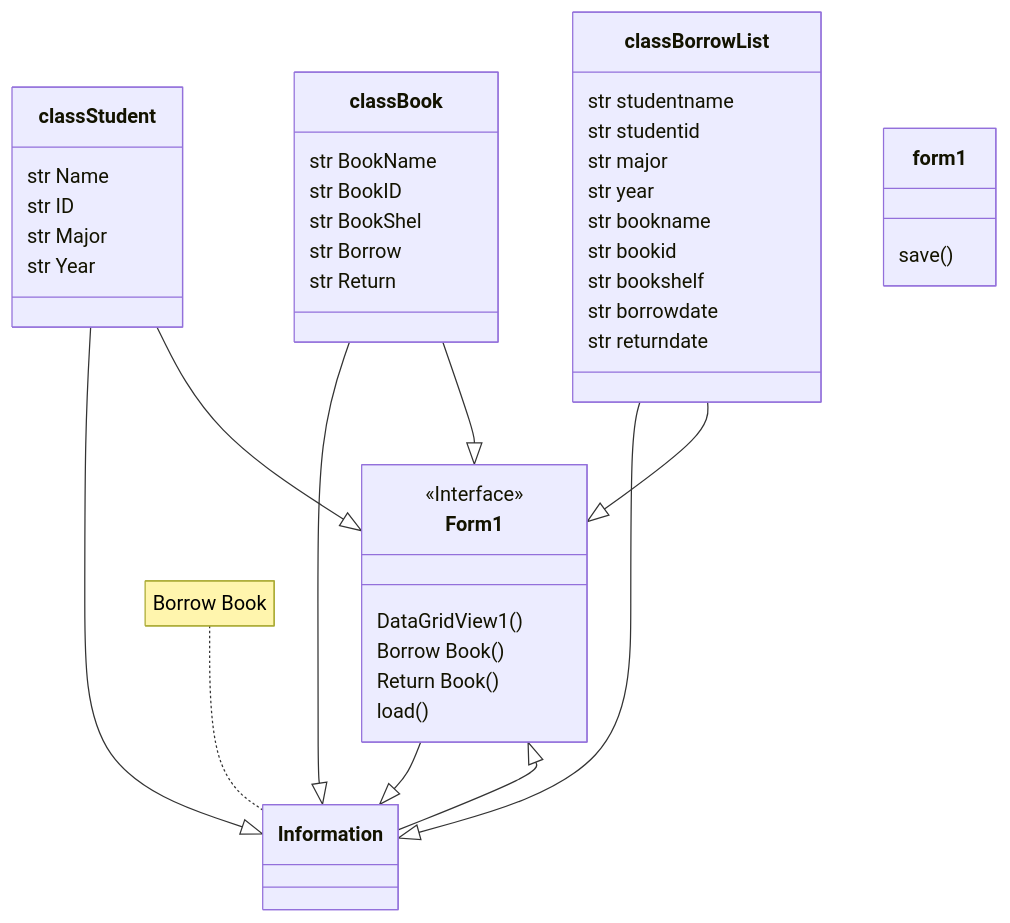
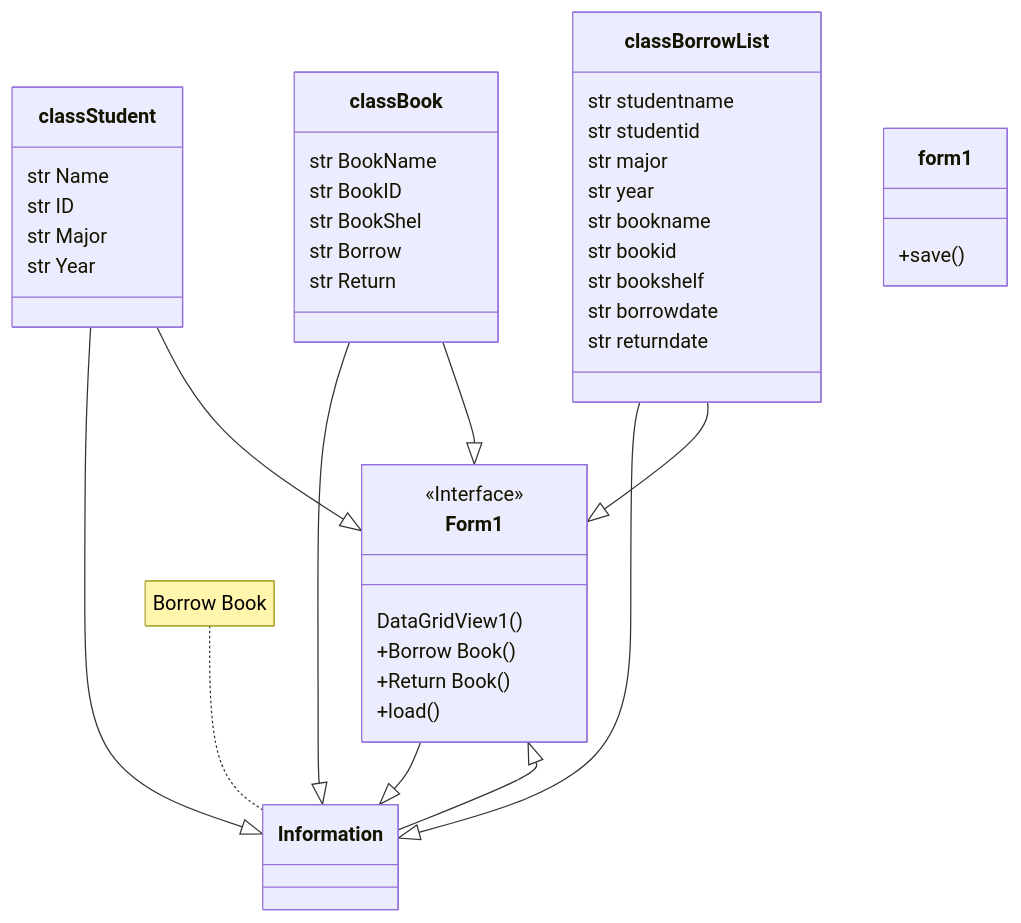
One commit to bbxxaxxm/Finalnatnicha changed the diagram in README.md. Above: the diagram before and after it, drawn with Mermaid.

````diff
--- a/README.md
+++ b/README.md
@@ -9,36 +9,36 @@
 ```mermaid
 classDiagram
 Form1 --|> Information
 <<Interface>> Form1
 Information --|> Form1
 note for Information "Borrow Book"
 classStudent --|> Information
 classStudent : str Name
 classStudent : str ID
 classStudent : str Major
 classStudent : str Year
 classStudent --|> Form1
 classBook --|> Information
 classBook : str BookName
 classBook : str BookID
 classBook : str BookShel
 classBook : str Borrow
 classBook : str Return
 classBook --|> Form1
 classBorrowList --|> Information
 classBorrowList : str studentname
 classBorrowList : str studentid
 classBorrowList : str major
 classBorrowList : str year
 classBorrowList : str bookname
 classBorrowList : str bookid
 classBorrowList : str bookshelf
 classBorrowList : str borrowdate
 classBorrowList : str returndate
 classBorrowList --|> Form1
 Form1 : DataGridView1()
-Form1 : Borrow Book()
-Form1 : Return Book()
-form1 : save()
-Form1 : load()
+Form1 : +Borrow Book()
+Form1 : +Return Book()
+form1 : +save()
+Form1 : +load()
 ```
````
